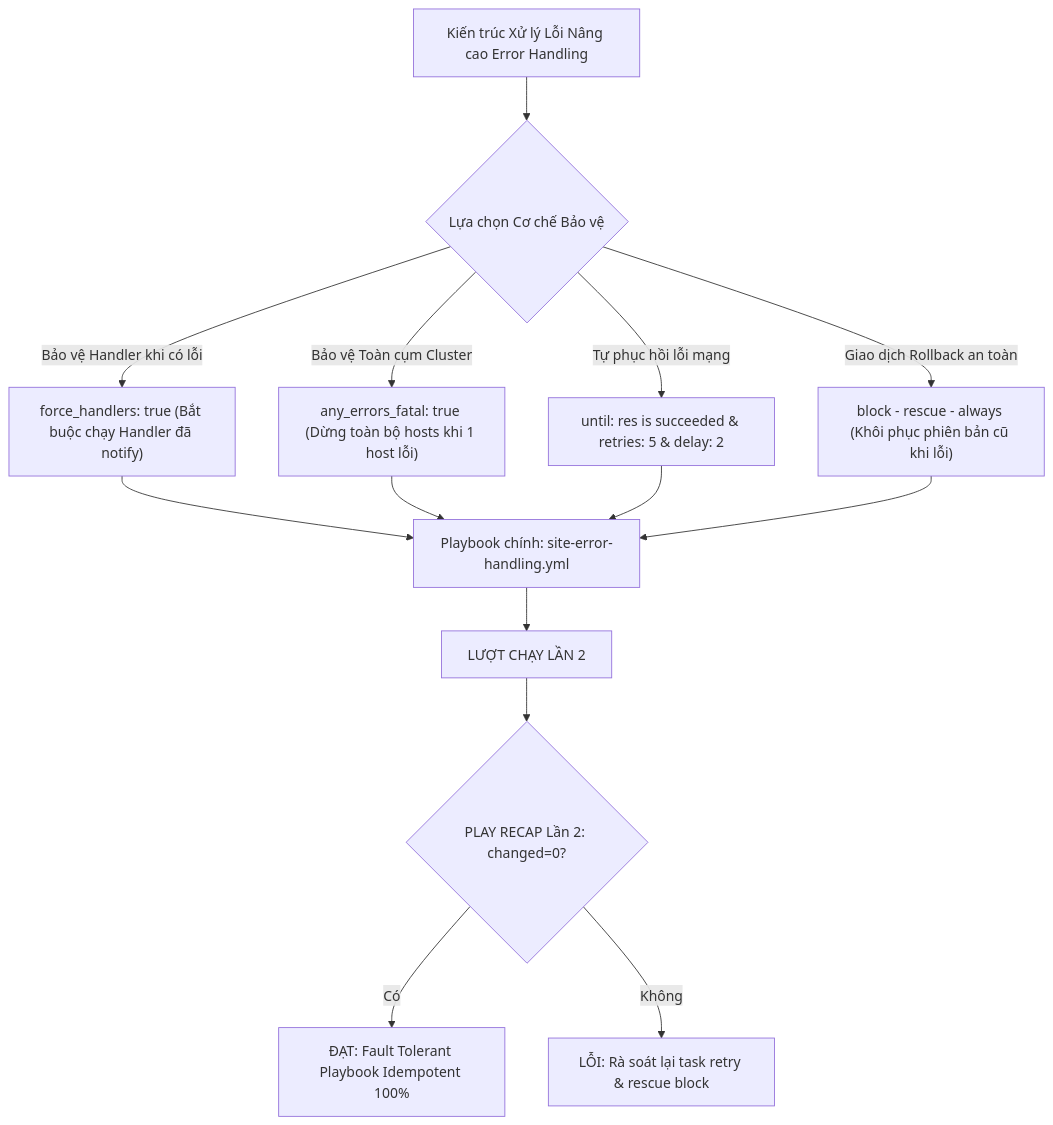
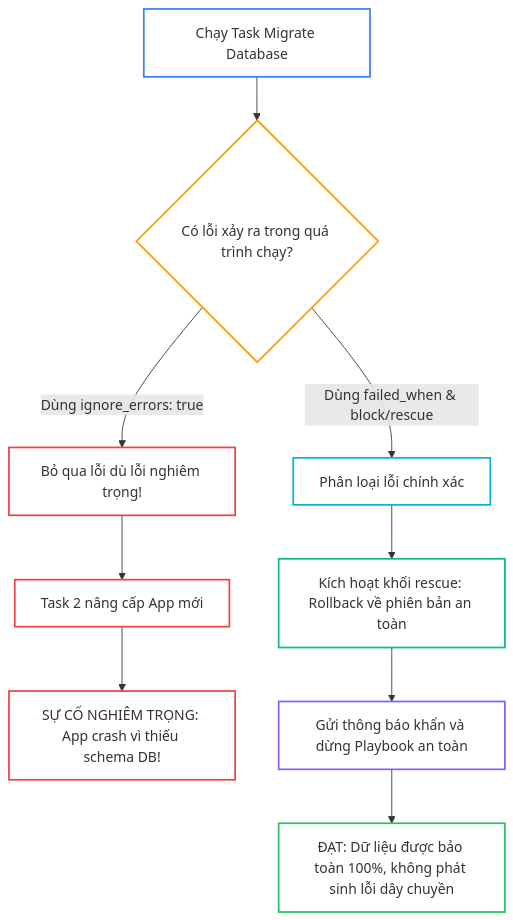
The second of 3 diagrams in _posts/2026-09-13-ansible-23-23-error-handling-nang-cao.md (kiennt308/ntk), drawn with Mermaid before and after one commit. The commit also changed other lines of this file and 30 other files, not shown here.

````diff
--- a/_posts/2026-09-13-ansible-23-23-error-handling-nang-cao.md
+++ b/_posts/2026-09-13-ansible-23-23-error-handling-nang-cao.md
@@ -340,20 +226,22 @@
 ```mermaid
 flowchart TD
-    A["Kiến trúc Xử lý Lỗi Nâng cao Error Handling"] --> B{"Lựa chọn Cơ chế Bảo vệ"}
+    A["Chạy Task Migrate Database"] --> B{"Có lỗi xảy ra trong quá trình chạy?"}
+    B -->|"Dùng ignore_errors: true"| C["Bỏ qua lỗi dù lỗi nghiêm trọng!"]
+    C --> D["Task 2 nâng cấp App mới"]
+    D --> E["SỰ CỐ NGHIÊM TRỌNG: App crash vì thiếu schema DB!"]
     
-    B -->|"Bảo vệ Handler khi có lỗi"| C["force_handlers: true (Bắt buộc chạy Handler đã notify)"]
-    B -->|"Bảo vệ Toàn cụm Cluster"| D["any_errors_fatal: true (Dừng toàn bộ hosts khi 1 host lỗi)"]
-    B -->|"Tự phục hồi lỗi mạng"| E["until: res is succeeded & retries: 5 & delay: 2"]
-    B -->|"Giao dịch Rollback an toàn"| F["block - rescue - always (Khôi phục phiên bản cũ khi lỗi)"]
-    
-    C --> G["Playbook chính: site-error-handling.yml"]
-    D --> G
-    E --> G
-    F --> G
-    
-    G --> H["LƯỢT CHẠY LẦN 2"]
-    H --> I{"PLAY RECAP Lần 2: changed=0?"}
-    
-    I -- Có --> J["ĐẠT: Fault Tolerant Playbook Idempotent 100%"]
-    I -- Không --> K["LỖI: Rà soát lại task retry & rescue block"]
+    B -->|"Dùng failed_when & block/rescue"| F["Phân loại lỗi chính xác"]
+    F --> G["Kích hoạt khối rescue: Rollback về phiên bản an toàn"]
+    G --> H["Gửi thông báo khẩn và dừng Playbook an toàn"]
+    H --> I["ĐẠT: Dữ liệu được bảo toàn 100%, không phát sinh lỗi dây chuyền"]
+
+    style A fill:none,stroke:#3b82f6,stroke-width:2px
+    style B fill:none,stroke:#f59e0b,stroke-width:2px
+    style C fill:none,stroke:#ef4444,stroke-width:2px
+    style D fill:none,stroke:#ef4444,stroke-width:2px
+    style E fill:none,stroke:#ef4444,stroke-width:2px
+    style F fill:none,stroke:#06b6d4,stroke-width:2px
+    style G fill:none,stroke:#10b981,stroke-width:2px
+    style H fill:none,stroke:#8b5cf6,stroke-width:2px
+    style I fill:none,stroke:#22c55e,stroke-width:2px
 ```
````
